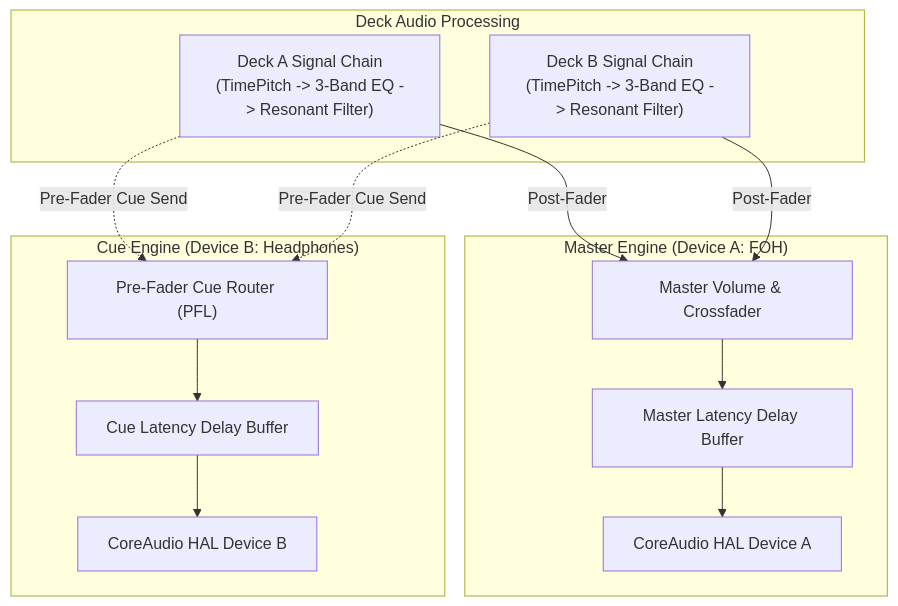
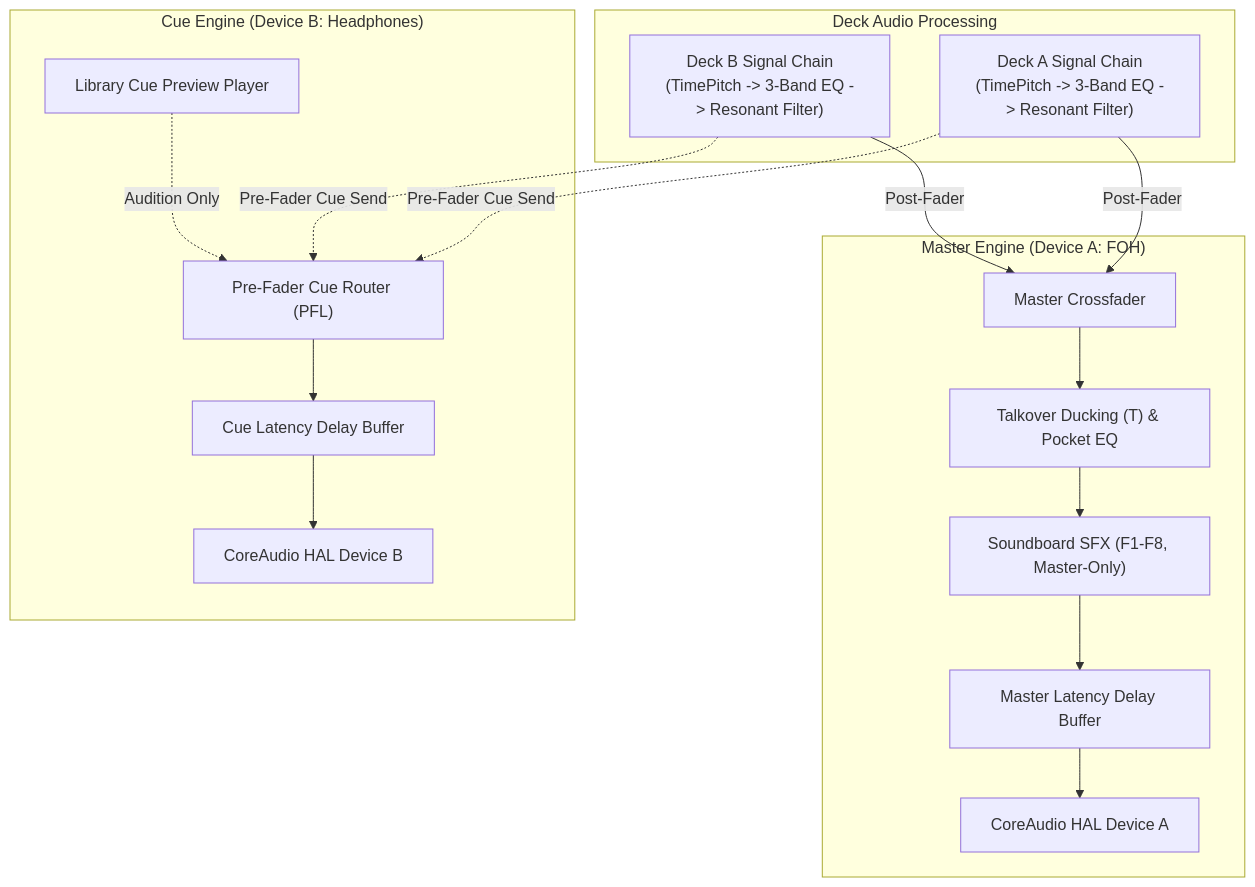
One commit to Ejv1k/PulseDeckAI changed the diagram in README.md. Above: the diagram before and after it, drawn with Mermaid. The commit also changed other lines of this file and 4 other files, not shown here.

````diff
--- a/README.md
+++ b/README.md
@@ -63,25 +57,29 @@
 ```mermaid
 graph TD
     subgraph Decks["Deck Audio Processing"]
         DA["Deck A Signal Chain<br/>(TimePitch -> 3-Band EQ -> Resonant Filter)"]
         DB["Deck B Signal Chain<br/>(TimePitch -> 3-Band EQ -> Resonant Filter)"]
     end
 
     subgraph MasterPipeline["Master Engine (Device A: FOH)"]
-        MFader["Master Volume & Crossfader"]
+        MFader["Master Crossfader"]
+        MDuck["Talkover Ducking (T) & Pocket EQ"]
+        MSoundboard["Soundboard SFX (F1-F8, Master-Only)"]
         MDelay["Master Latency Delay Buffer"]
         MHAL["CoreAudio HAL Device A"]
         DA -->|Post-Fader| MFader
         DB -->|Post-Fader| MFader
-        MFader --> MDelay --> MHAL
+        MFader --> MDuck --> MSoundboard --> MDelay --> MHAL
     end
 
     subgraph CuePipeline["Cue Engine (Device B: Headphones)"]
         CueMixer["Pre-Fader Cue Router (PFL)"]
+        CuePreview["Library Cue Preview Player"]
         CDelay["Cue Latency Delay Buffer"]
         CHAL["CoreAudio HAL Device B"]
         DA -.->|Pre-Fader Cue Send| CueMixer
         DB -.->|Pre-Fader Cue Send| CueMixer
+        CuePreview -.->|Audition Only| CueMixer
         CueMixer --> CDelay --> CHAL
     end
 ```
````
